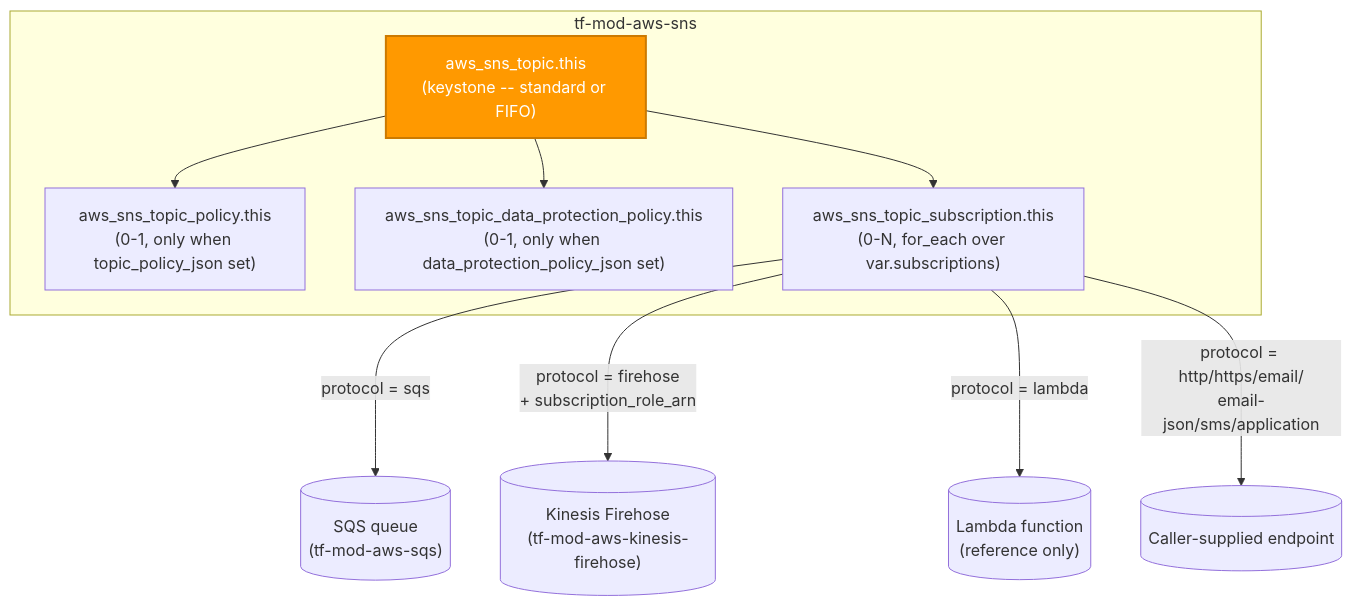
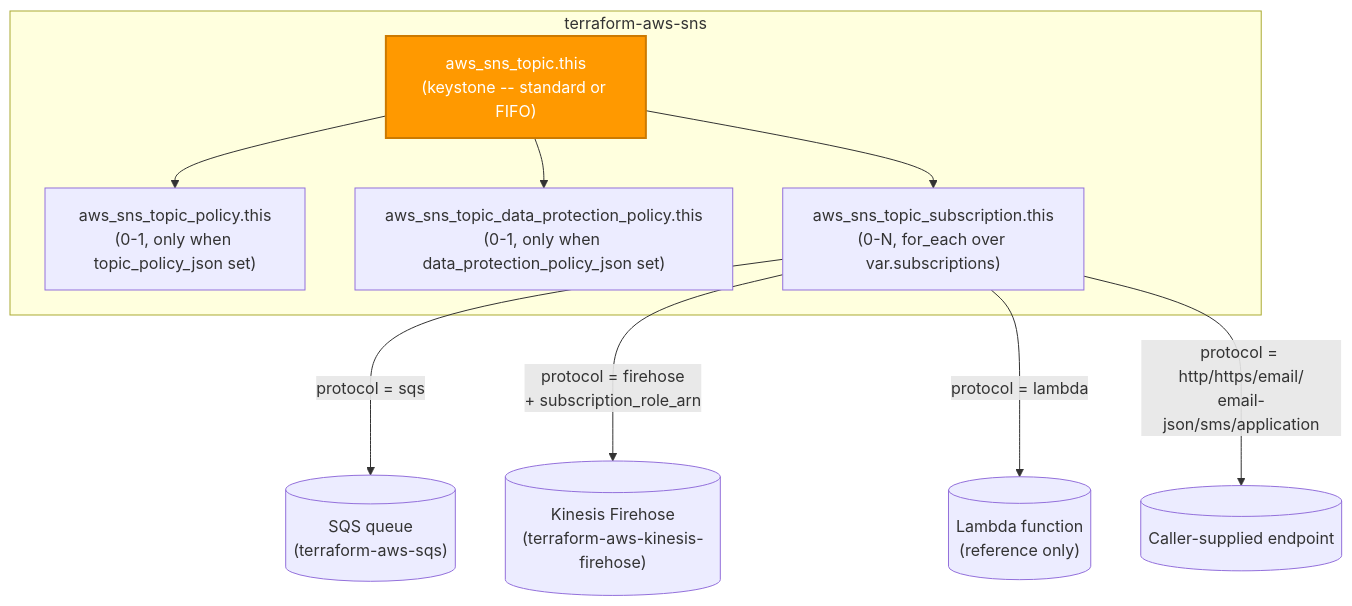
The second of 2 diagrams in README.md (microsoftexpert/terraform-aws-sns), drawn with Mermaid before and after one commit. The commit also changed other lines of this file and 4 other files, not shown here.

````diff
--- a/README.md
+++ b/README.md
@@ -76,20 +76,20 @@
 ```mermaid
 flowchart TB
- subgraph SNSMOD["tf-mod-aws-sns"]
+ subgraph SNSMOD["terraform-aws-sns"]
  topic["aws_sns_topic.this<br/>(keystone -- standard or FIFO)"]
  policy["aws_sns_topic_policy.this<br/>(0-1, only when topic_policy_json set)"]
  dpp["aws_sns_topic_data_protection_policy.this<br/>(0-1, only when data_protection_policy_json set)"]
  subs["aws_sns_topic_subscription.this<br/>(0-N, for_each over var.subscriptions)"]
  end
 
  topic --> policy
  topic --> dpp
  topic --> subs
 
- subs -- "protocol = sqs" --> sqsq[("SQS queue<br/>(tf-mod-aws-sqs)")]
- subs -- "protocol = firehose<br/>+ subscription_role_arn" --> firehose[("Kinesis Firehose<br/>(tf-mod-aws-kinesis-firehose)")]
+ subs -- "protocol = sqs" --> sqsq[("SQS queue<br/>(terraform-aws-sqs)")]
+ subs -- "protocol = firehose<br/>+ subscription_role_arn" --> firehose[("Kinesis Firehose<br/>(terraform-aws-kinesis-firehose)")]
  subs -- "protocol = lambda" --> lambdafn[("Lambda function<br/>(reference only)")]
  subs -- "protocol = http/https/email/<br/>email-json/sms/application" --> extep[("Caller-supplied endpoint")]
 
  style topic fill:#FF9900,color:#fff,stroke:#cc7a00,stroke-width:2px
 ```
````
